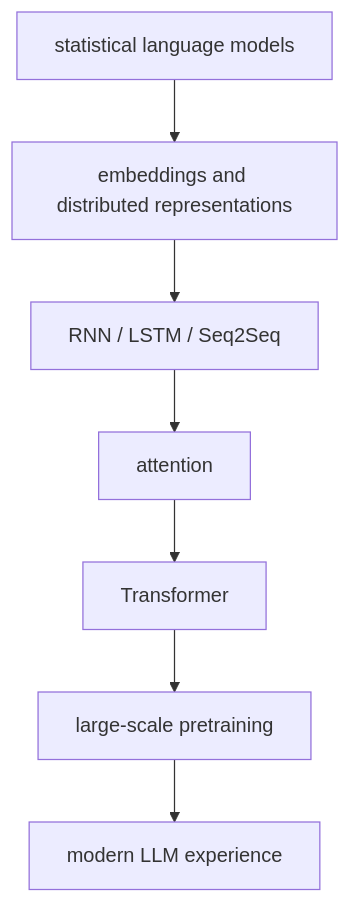
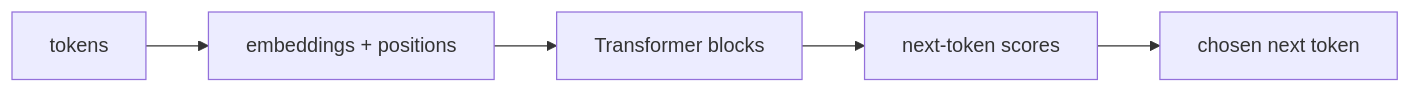
Before and after one commit to devchan64/AiBook: the diagram in docs/parts/part-05/chapter-03/section-01.md, drawn with Mermaid. The commit also changed other lines of this file and 47 other files, not shown here.

````diff
--- a/docs/parts/part-05/chapter-03/section-01.md
+++ b/docs/parts/part-05/chapter-03/section-01.md
@@ -163,12 +135,10 @@
 ```mermaid
-flowchart TD
-  A["statistical language models"]
-  B["embeddings and distributed representations"]
-  C["RNN / LSTM / Seq2Seq"]
-  D["attention"]
-  E["Transformer"]
-  F["large-scale pretraining"]
-  G["modern LLM experience"]
+flowchart LR
+  A["tokens"]
+  B["embeddings + positions"]
+  C["Transformer blocks"]
+  D["next-token scores"]
+  E["chosen next token"]
 
-  A --> B --> C --> D --> E --> F --> G
+  A --> B --> C --> D --> E
 ```
````
